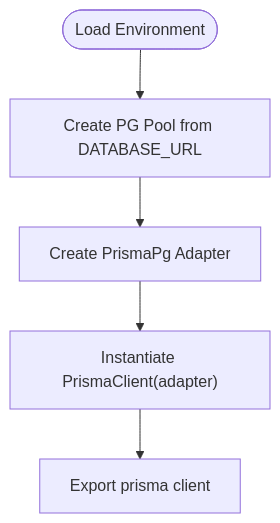
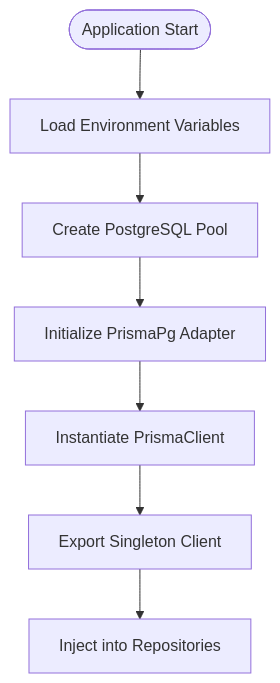
One commit to nguyencongtrung2001/Do-An changed the third of 11 diagrams in .qoder/repowiki/en/content/Backend Architecture/Data Access Layer.md. Above: the diagram before and after it, drawn with Mermaid. The commit also changed other lines of this file and 12 other files, not shown here.

````diff
--- a/.qoder/repowiki/en/content/Backend Architecture/Data Access Layer.md
+++ b/.qoder/repowiki/en/content/Backend Architecture/Data Access Layer.md
@@ -209,7 +206,9 @@
 ```mermaid
 flowchart TD
-Start(["Load Environment"]) --> Pool["Create PG Pool from DATABASE_URL"]
-Pool --> Adapter["Create PrismaPg Adapter"]
-Adapter --> Client["Instantiate PrismaClient(adapter)"]
-Client --> Export["Export prisma client"]
+Start(["Application Start"]) --> LoadEnv["Load Environment Variables"]
+LoadEnv --> CreatePool["Create PostgreSQL Pool"]
+CreatePool --> CreateAdapter["Initialize PrismaPg Adapter"]
+CreateAdapter --> CreateClient["Instantiate PrismaClient"]
+CreateClient --> ExportClient["Export Singleton Client"]
+ExportClient --> Repositories["Inject into Repositories"]
 ```
````
